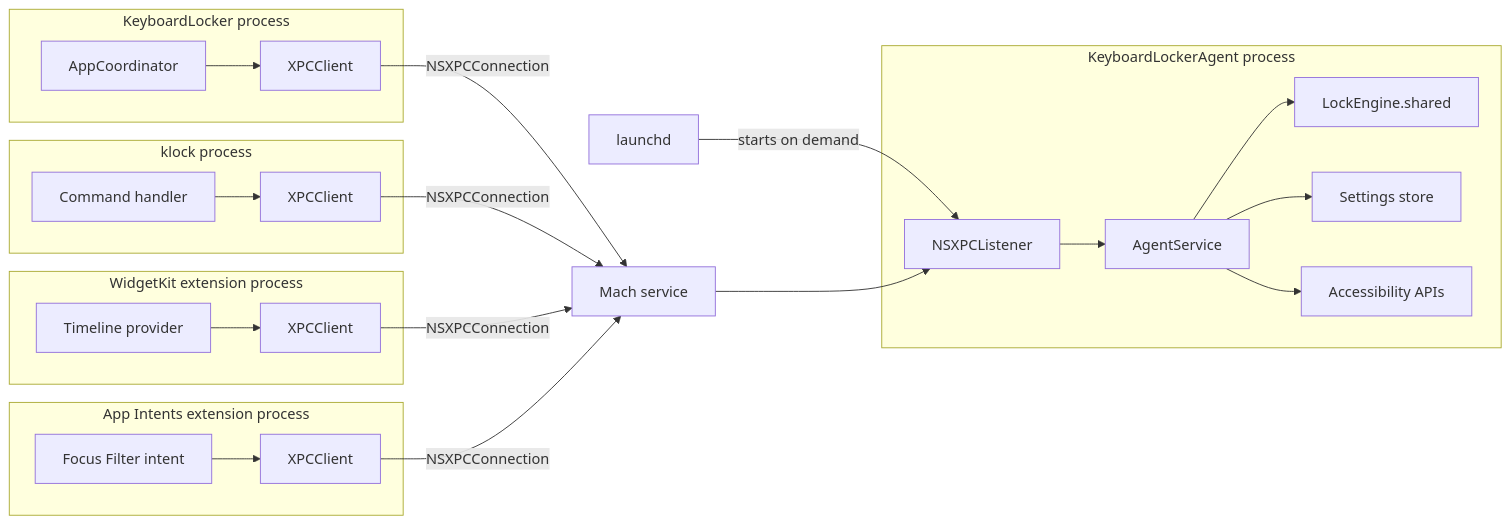
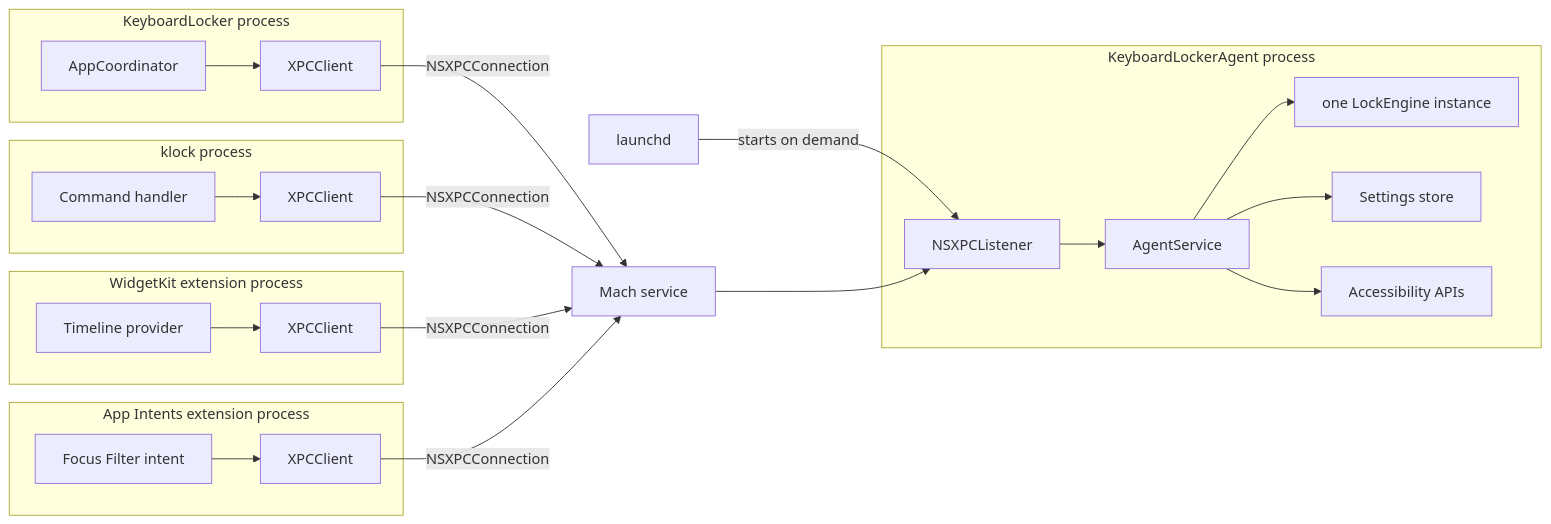
Before and after one commit to LZhenHong/KeyboardLocker: the first of 4 diagrams in docs/xpc.md, drawn with Mermaid. The commit also changed other lines of this file and 1 other file, not shown here.

````diff
--- a/docs/xpc.md
+++ b/docs/xpc.md
@@ -67,32 +67,32 @@
 ```mermaid
 flowchart LR
   subgraph AppProcess["KeyboardLocker process"]
     AppCoordinator["AppCoordinator"] --> AppClient["XPCClient"]
   end
 
   subgraph CLIProcess["klock process"]
     CLI["Command handler"] --> CLIClient["XPCClient"]
   end
 
   subgraph WidgetProcess["WidgetKit extension process"]
     Timeline["Timeline provider"] --> WidgetClient["XPCClient"]
   end
 
   subgraph FocusProcess["App Intents extension process"]
     Focus["Focus Filter intent"] --> FocusClient["XPCClient"]
   end
 
   AppClient -->|"NSXPCConnection"| Mach["Mach service"]
   CLIClient -->|"NSXPCConnection"| Mach
   WidgetClient -->|"NSXPCConnection"| Mach
   FocusClient -->|"NSXPCConnection"| Mach
   subgraph AgentProcess["KeyboardLockerAgent process"]
     Listener["NSXPCListener"] --> AgentService["AgentService"]
-    AgentService --> Engine["LockEngine.shared"]
+    AgentService --> Engine["one LockEngine instance"]
     AgentService --> Settings["Settings store"]
     AgentService --> Accessibility["Accessibility APIs"]
   end
 
   Launchd["launchd"] -->|"starts on demand"| Listener
   Mach --> Listener
 ```
````
